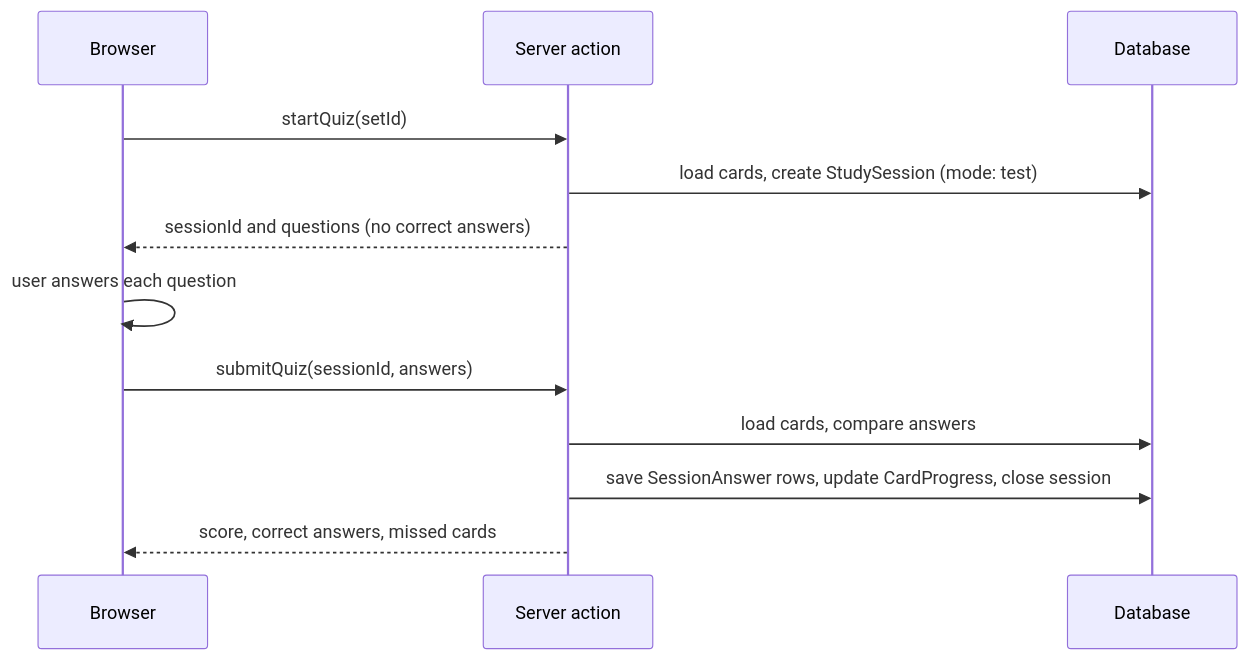
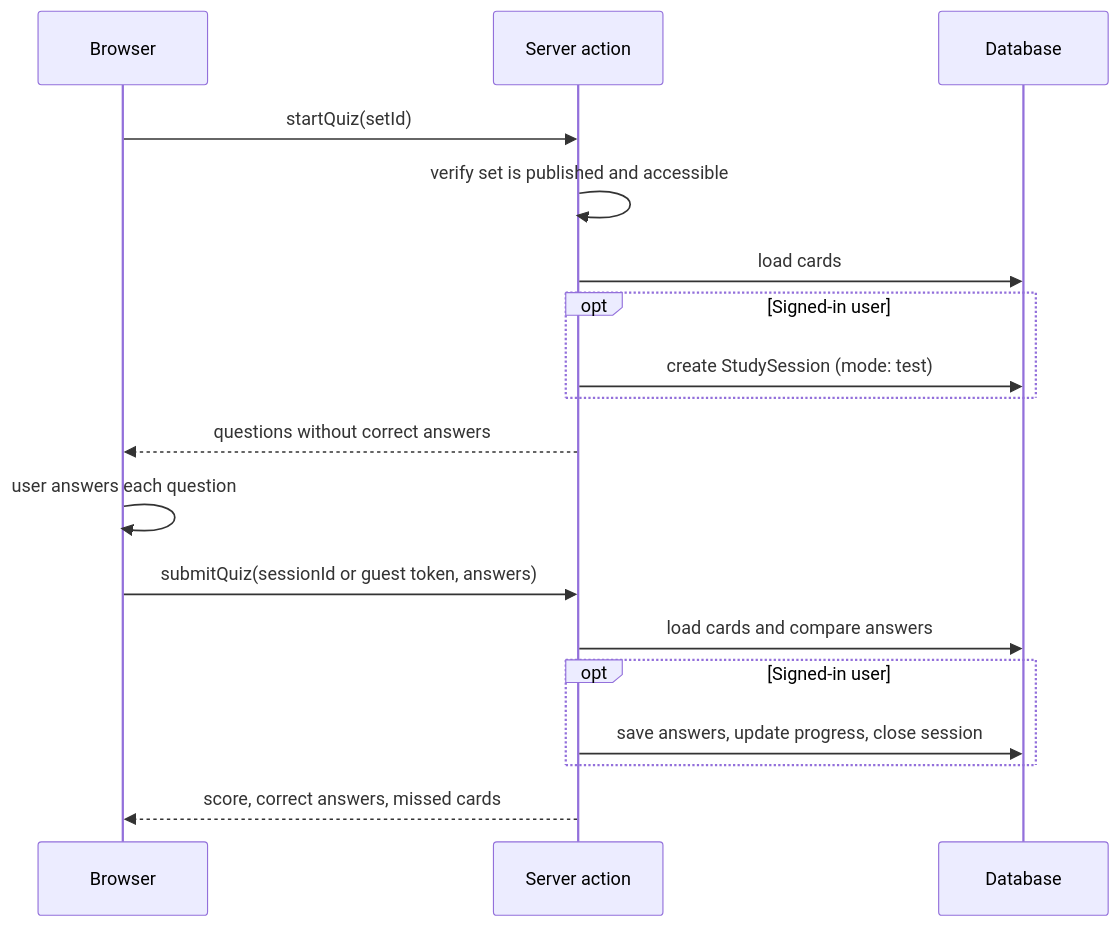
One commit to bashir-muhammad/study-sphere changed the second of 3 diagrams in docs/flow.md. Above: the diagram before and after it, drawn with Mermaid. The commit also changed other lines of this file and 1 other file, not shown here.

Commit message:
chore: update diagram and docs related to user

````diff
--- a/docs/flow.md
+++ b/docs/flow.md
@@ -34,15 +38,21 @@
 ```mermaid
 sequenceDiagram
     participant B as Browser
     participant A as Server action
     participant D as Database
 
     B->>A: startQuiz(setId)
-    A->>D: load cards, create StudySession (mode: test)
-    A-->>B: sessionId and questions (no correct answers)
+    A->>A: verify set is published and accessible
+    A->>D: load cards
+    opt Signed-in user
+        A->>D: create StudySession (mode: test)
+    end
+    A-->>B: questions without correct answers
     B->>B: user answers each question
-    B->>A: submitQuiz(sessionId, answers)
-    A->>D: load cards, compare answers
-    A->>D: save SessionAnswer rows, update CardProgress, close session
+    B->>A: submitQuiz(sessionId or guest token, answers)
+    A->>D: load cards and compare answers
+    opt Signed-in user
+        A->>D: save answers, update progress, close session
+    end
     A-->>B: score, correct answers, missed cards
 ```
````
